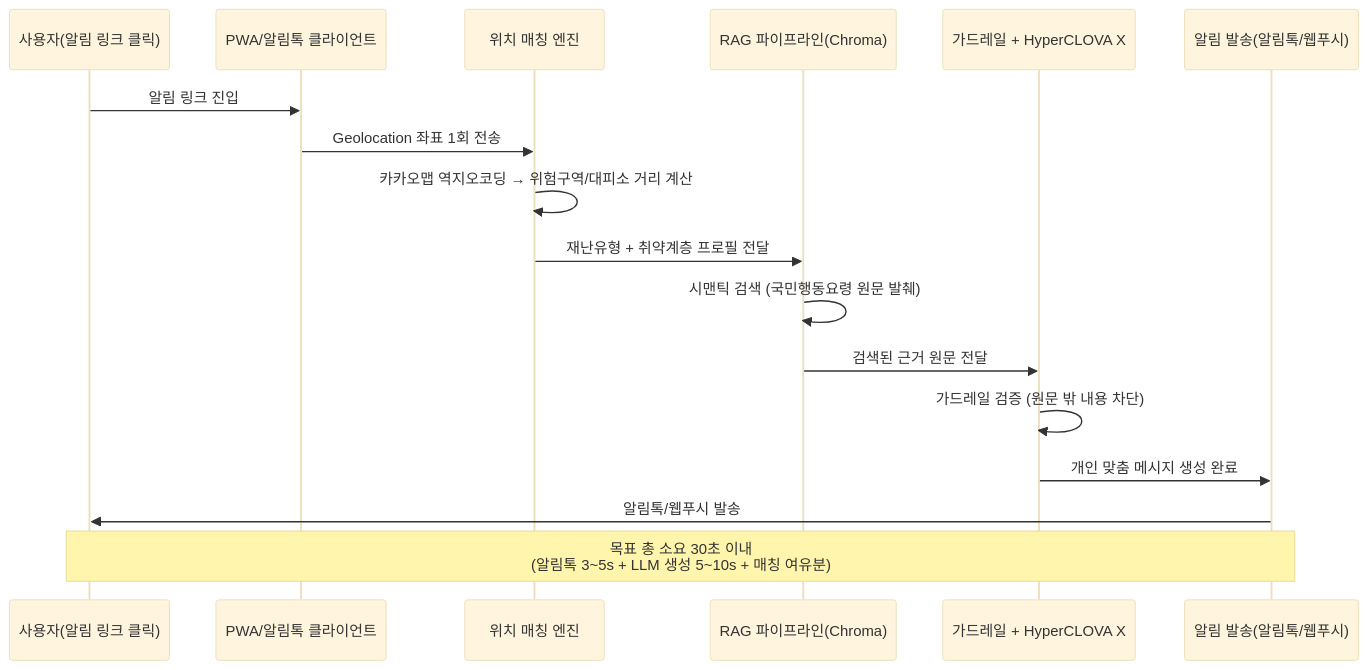
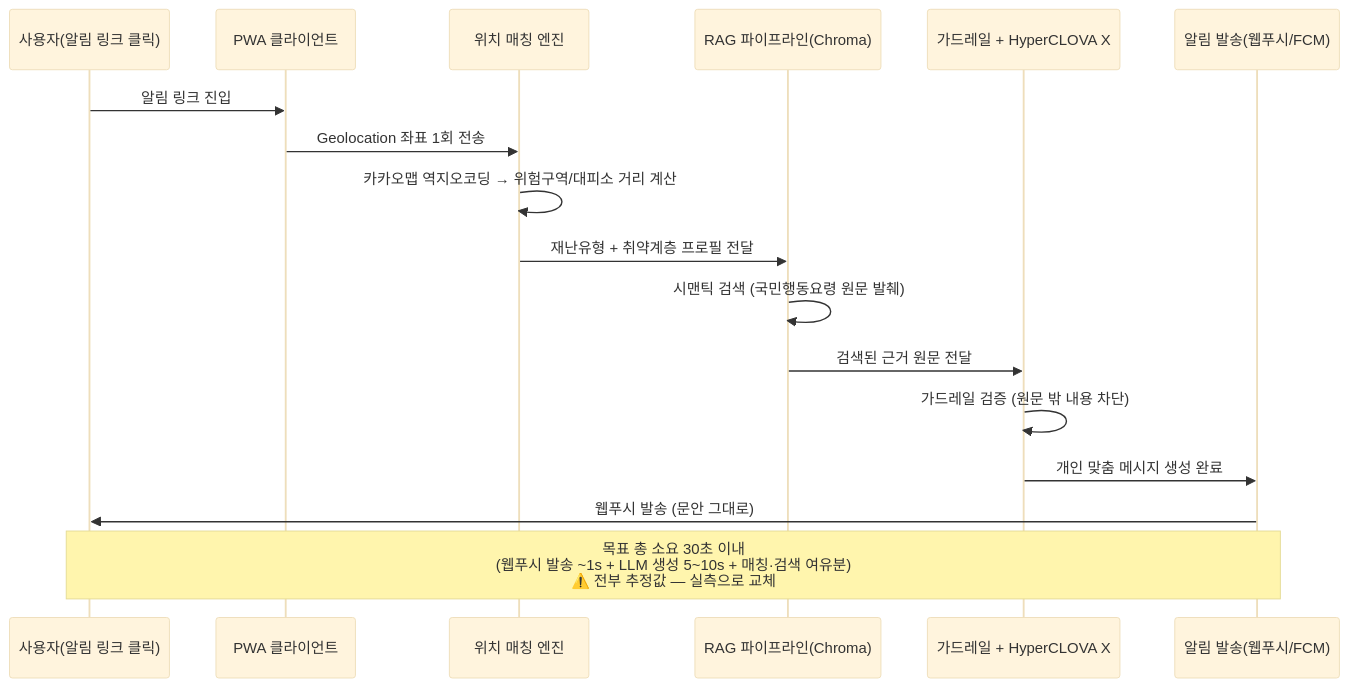
Before and after one commit to team-savers/savers-project: the third of 4 diagrams in docs/공통_가이드/아키텍처.md, drawn with Mermaid (base theme). The commit also changed other lines of this file and 6 other files, not shown here.

````diff
--- a/docs/공통_가이드/아키텍처.md
+++ b/docs/공통_가이드/아키텍처.md
@@ -85,20 +93,20 @@
 ```mermaid
 sequenceDiagram
     participant U as 사용자(알림 링크 클릭)
-    participant FE as PWA/알림톡 클라이언트
+    participant FE as PWA 클라이언트
     participant LOC as 위치 매칭 엔진
     participant RAG as RAG 파이프라인(Chroma)
     participant LLM as 가드레일 + HyperCLOVA X
-    participant NOTI as 알림 발송(알림톡/웹푸시)
+    participant NOTI as 알림 발송(웹푸시/FCM)
 
     U->>FE: 알림 링크 진입
     FE->>LOC: Geolocation 좌표 1회 전송
     LOC->>LOC: 카카오맵 역지오코딩 → 위험구역/대피소 거리 계산
     LOC->>RAG: 재난유형 + 취약계층 프로필 전달
     RAG->>RAG: 시맨틱 검색 (국민행동요령 원문 발췌)
     RAG->>LLM: 검색된 근거 원문 전달
     LLM->>LLM: 가드레일 검증 (원문 밖 내용 차단)
     LLM->>NOTI: 개인 맞춤 메시지 생성 완료
-    NOTI->>U: 알림톡/웹푸시 발송
-    Note over U,NOTI: 목표 총 소요 30초 이내<br/>(알림톡 3~5s + LLM 생성 5~10s + 매칭 여유분)
+    NOTI->>U: 웹푸시 발송 (문안 그대로)
+    Note over U,NOTI: 목표 총 소요 30초 이내<br/>(웹푸시 발송 ~1s + LLM 생성 5~10s + 매칭·검색 여유분)<br/>⚠️ 전부 추정값 — 실측으로 교체
 ```
````
